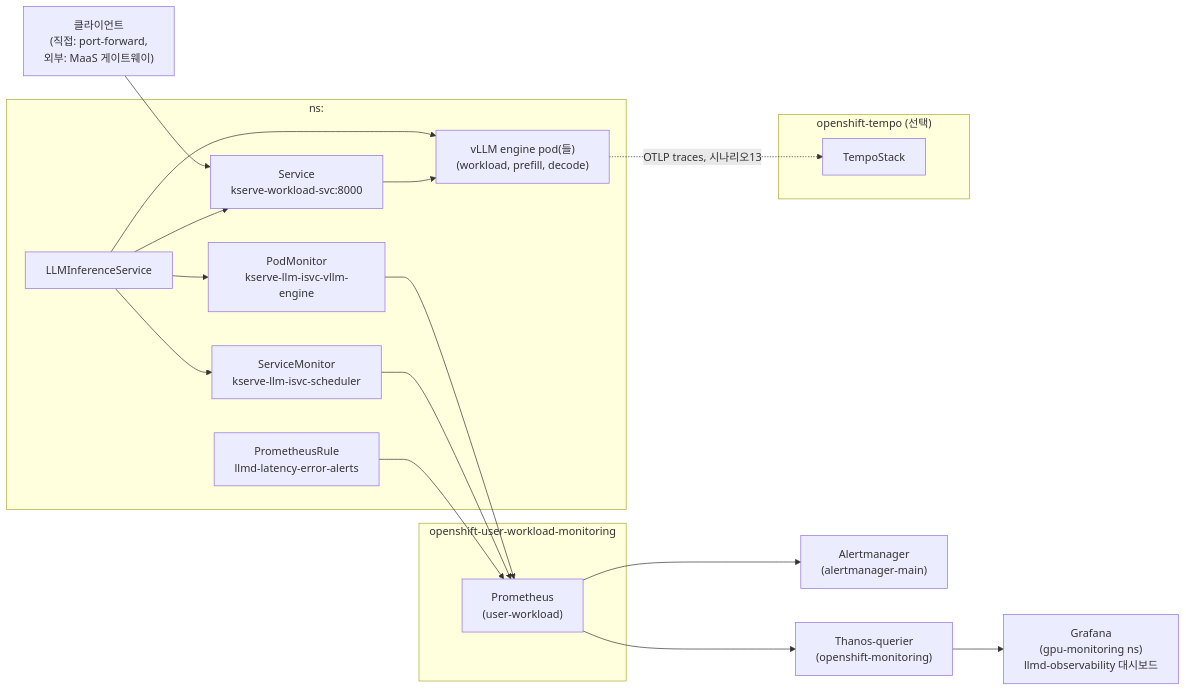
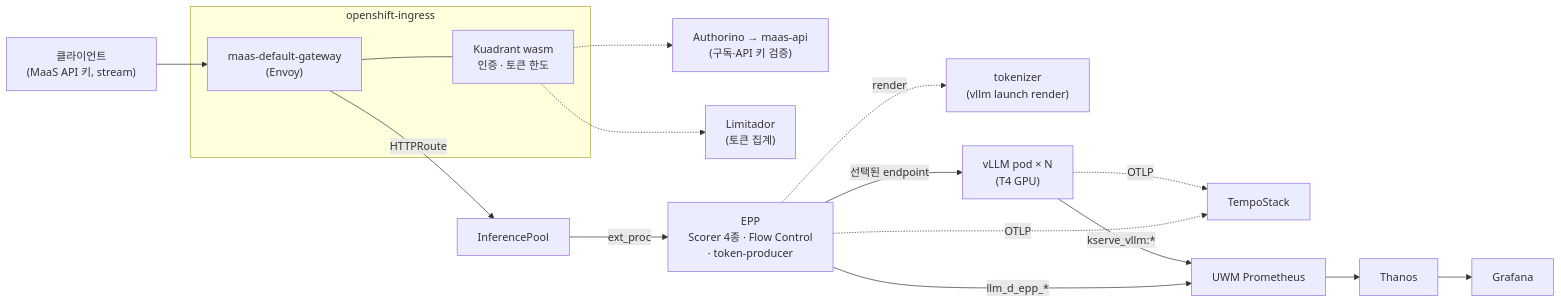
One commit to jangminjun/openshift-ai-llmd-demo changed the diagram in README.md. Above: the diagram before and after it, drawn with Mermaid. The commit also changed other lines of this file, not shown here.

First line of the commit message:
Rewrite README around RHOAI 3.5.1, llm-d GA features and MaaS

````diff
--- a/README.md
+++ b/README.md
@@ -33,35 +36,20 @@
 ```mermaid
 flowchart LR
-    Client["클라이언트\n(직접: port-forward,\n외부: MaaS 게이트웨이)"] --> SVC
-
-    subgraph ns["ns: <llmd-namespace>"]
-        LLMISVC["LLMInferenceService"]
-        SVC["Service\nkserve-workload-svc:8000"]
-        WL["vLLM engine pod(들)\n(workload, prefill, decode)"]
-        SM["ServiceMonitor\nkserve-llm-isvc-scheduler"]
-        PM["PodMonitor\nkserve-llm-isvc-vllm-engine"]
-        PR["PrometheusRule\nllmd-latency-error-alerts"]
-
-        LLMISVC --> SVC
-        LLMISVC --> WL
-        LLMISVC --> SM
-        LLMISVC --> PM
-        SVC --> WL
+    C["클라이언트\n(MaaS API 키, stream)"] --> GW
+    subgraph ingress["openshift-ingress"]
+        GW["maas-default-gateway\n(Envoy)"]
+        KW["Kuadrant wasm\n인증 · 토큰 한도"]
+        GW --- KW
     end
-
-    subgraph mon["openshift-user-workload-monitoring"]
-        UWM["Prometheus\n(user-workload)"]
-    end
-
-    subgraph trace["openshift-tempo (선택)"]
-        TEMPO["TempoStack"]
-    end
-
-    PM --> UWM
-    SM --> UWM
-    PR --> UWM
-    WL -.->|OTLP traces, 시나리오13| TEMPO
-    UWM --> Thanos["Thanos-querier\n(openshift-monitoring)"]
-    UWM --> AM["Alertmanager\n(alertmanager-main)"]
-    Thanos --> Grafana["Grafana\n(gpu-monitoring ns)\nllmd-observability 대시보드"]
+    KW -.-> AU["Authorino → maas-api\n(구독·API 키 검증)"]
+    KW -.-> LI["Limitador\n(토큰 집계)"]
+    GW -->|HTTPRoute| IP["InferencePool"]
+    IP -->|ext_proc| EPP["EPP\nScorer 4종 · Flow Control\n· token-producer"]
+    EPP -.->|render| TK["tokenizer\n(vllm launch render)"]
+    EPP -->|선택된 endpoint| V["vLLM pod × N\n(T4 GPU)"]
+    V -.->|OTLP| TEMPO["TempoStack"]
+    EPP -.->|OTLP| TEMPO
+    V -->|kserve_vllm:*| UWM["UWM Prometheus"]
+    EPP -->|llm_d_epp_*| UWM
+    UWM --> TH["Thanos"] --> GF["Grafana"]
 ```
````
